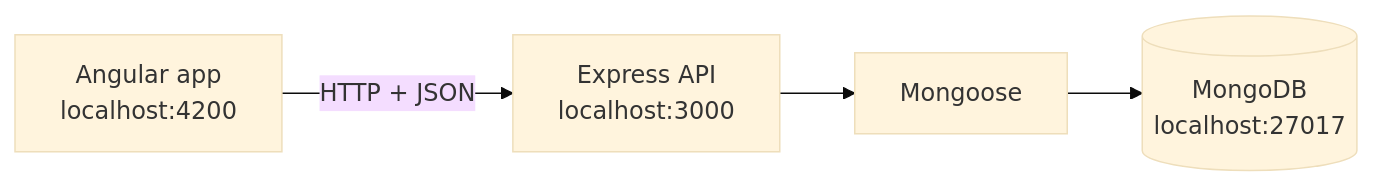
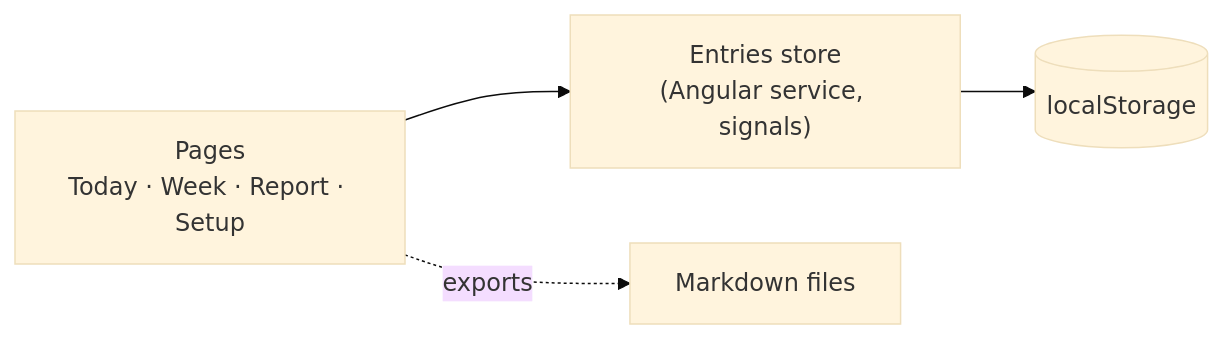
One commit to angelanang/jotern changed the diagram in README.md. Above: the diagram before and after it, drawn with Mermaid (base theme). The commit also changed other lines of this file and 6 other files, not shown here.

````diff
--- a/README.md
+++ b/README.md
@@ -24,5 +26,5 @@
 ```mermaid
 flowchart LR
-    NG["Angular app<br/>localhost:4200"] -- "HTTP + JSON" --> EX["Express API<br/>localhost:3000"]
-    EX --> MG["Mongoose"] --> DB[("MongoDB<br/>localhost:27017")]
+    UI["Pages<br/>Today · Week · Report · Setup"] --> ST["Entries store<br/>(Angular service, signals)"] --> LS[("localStorage")]
+    UI -. "exports" .-> MD["Markdown files"]
 ```
````
